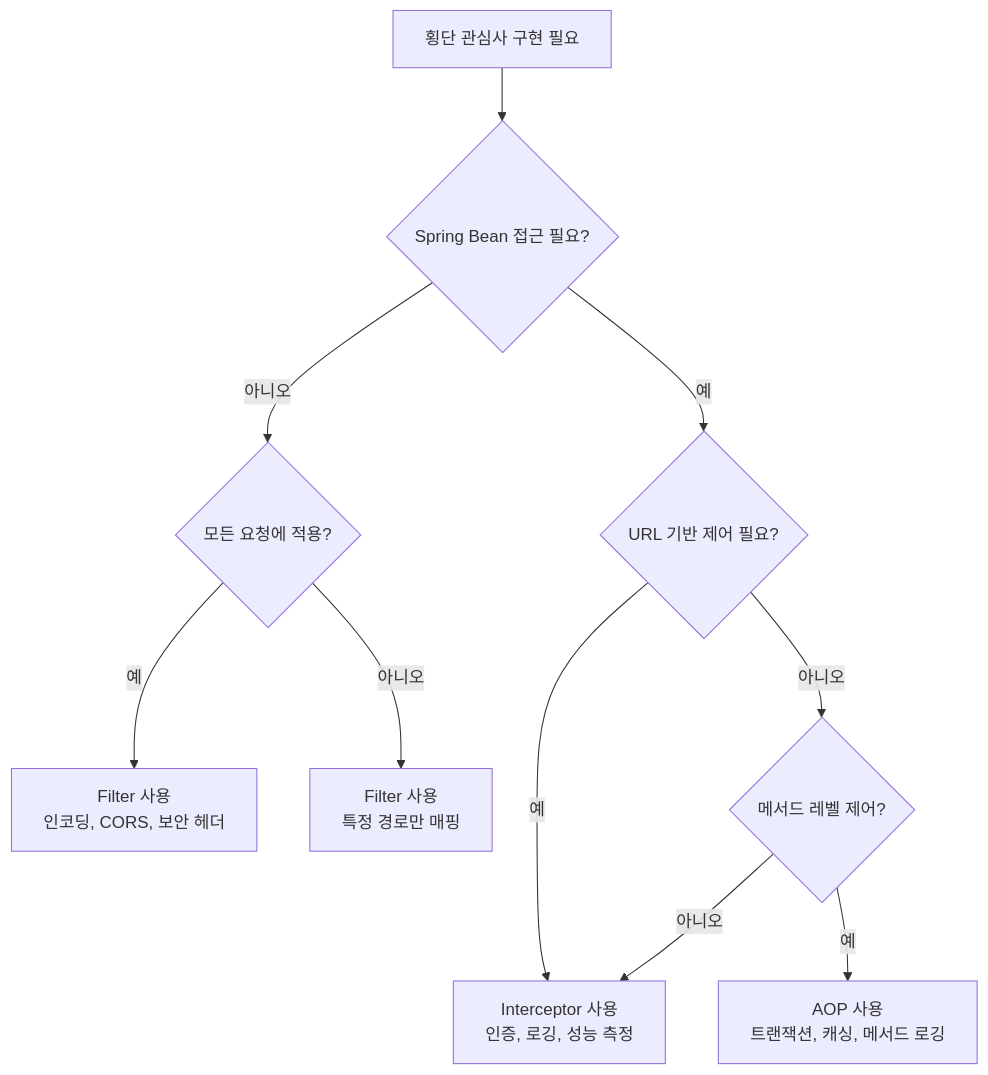
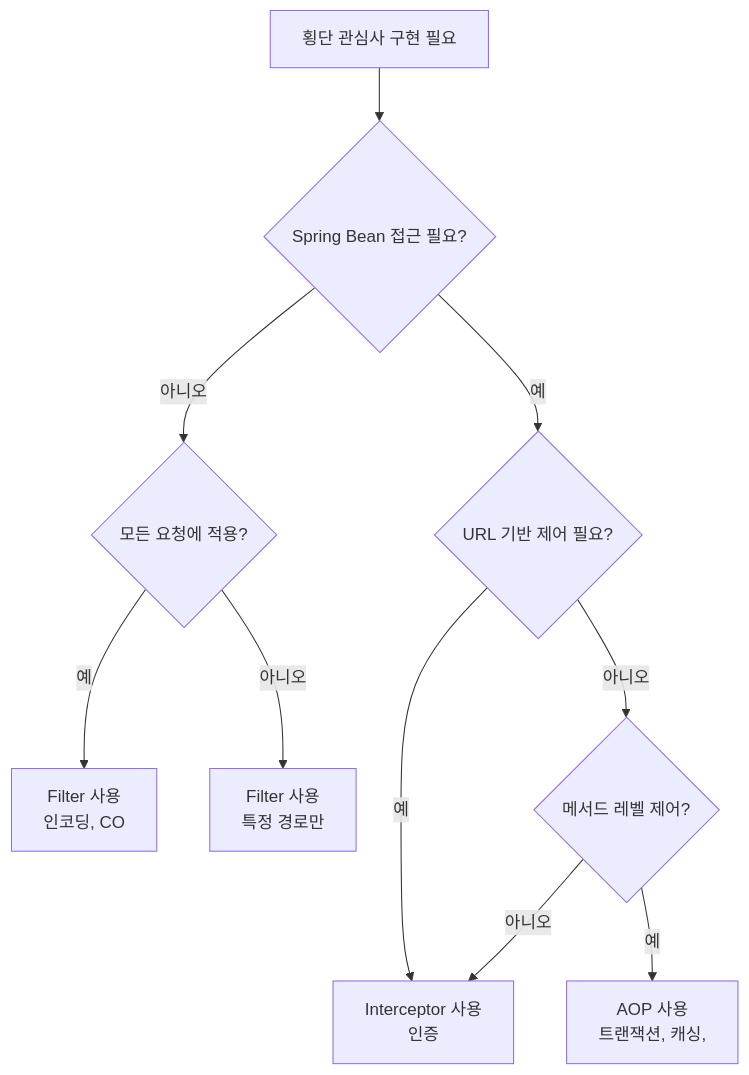
Before and after one commit to yjkim2015/yjkim2015.github.io: the second of 8 diagrams in _posts/spring/2026-05-02-spring-interceptor.md, drawn with Mermaid. The commit also changed other lines of this file and 271 other files, not shown here.

First line of the commit message:
Mermaid 라벨 축소: 긴 노드 텍스트 18자 이하로 트림 + \n 제거

````diff
--- a/_posts/spring/2026-05-02-spring-interceptor.md
+++ b/_posts/spring/2026-05-02-spring-interceptor.md
@@ -140,12 +140,12 @@
 ```mermaid
 flowchart TD
     A["횡단 관심사 구현 필요"] --> B{"Spring Bean 접근 필요?"}
     B -->|"아니오"| C{"모든 요청에 적용?"}
     B -->|"예"| D{"URL 기반 제어 필요?"}
-    C -->|"예"| E["Filter 사용\n인코딩, CORS, 보안 헤더"]
-    C -->|"아니오"| F["Filter 사용\n특정 경로만 매핑"]
-    D -->|"예"| G["Interceptor 사용\n인증, 로깅, 성능 측정"]
+    C -->|"예"| E["Filter 사용\n인코딩, CO"]
+    C -->|"아니오"| F["Filter 사용\n특정 경로만"]
+    D -->|"예"| G["Interceptor 사용\n인증"]
     D -->|"아니오"| H{"메서드 레벨 제어?"}
-    H -->|"예"| I["AOP 사용\n트랜잭션, 캐싱, 메서드 로깅"]
+    H -->|"예"| I["AOP 사용\n트랜잭션, 캐싱,"]
     H -->|"아니오"| G
 ```
````
